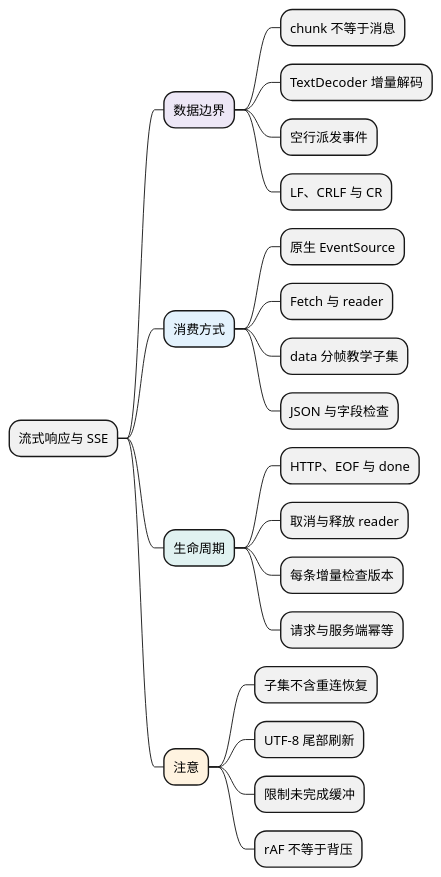
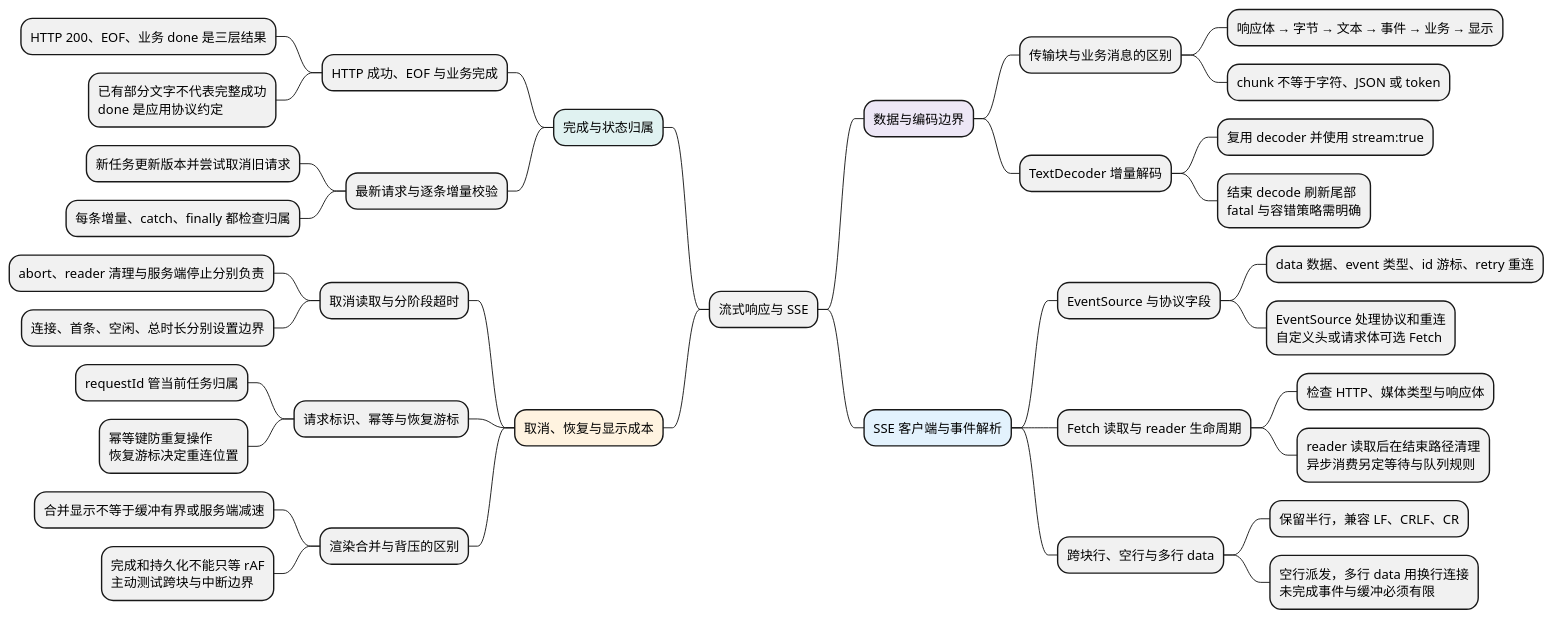
Before and after one commit to chenx18/JAVA: the diagram in docs/AI前端全栈教材/01_JavaScript/06_选读扩展/03_流式响应与SSE.md, drawn with PlantUML. The commit also changed other lines of this file and 84 other files, not shown here.

````diff
--- a/docs/AI前端全栈教材/01_JavaScript/06_选读扩展/03_流式响应与SSE.md
+++ b/docs/AI前端全栈教材/01_JavaScript/06_选读扩展/03_流式响应与SSE.md
@@ -9,32 +9,47 @@
 ```plantuml
 @startmindmap
 skinparam defaultFontName Microsoft YaHei
 skinparam defaultFontSize 14
 skinparam dpi 100
 skinparam backgroundColor white
 skinparam shadowing false
 
 * 流式响应与 SSE
-**[#EDE7F6] 数据边界
-*** chunk 不等于消息
+**[#EDE7F6] 数据与编码边界
+*** 传输块与业务消息的区别
+**** 响应体 → 字节 → 文本 → 事件 → 业务 → 显示
+**** chunk 不等于字符、JSON 或 token
 *** TextDecoder 增量解码
-*** 空行派发事件
-*** LF、CRLF 与 CR
-**[#E3F2FD] 消费方式
-*** 原生 EventSource
-*** Fetch 与 reader
-*** data 分帧教学子集
-*** JSON 与字段检查
-**[#E0F2F1] 生命周期
-*** HTTP、EOF 与 done
-*** 取消与释放 reader
-*** 每条增量检查版本
-*** 请求与服务端幂等
-**[#FFF3E0] 注意
-*** 子集不含重连恢复
-*** UTF-8 尾部刷新
-*** 限制未完成缓冲
-*** rAF 不等于背压
+**** 复用 decoder 并使用 stream:true
+**** 结束 decode 刷新尾部\nfatal 与容错策略需明确
+**[#E3F2FD] SSE 客户端与事件解析
+*** EventSource 与协议字段
+**** data 数据、event 类型、id 游标、retry 重连
+**** EventSource 处理协议和重连\n自定义头或请求体可选 Fetch
+*** Fetch 读取与 reader 生命周期
+**** 检查 HTTP、媒体类型与响应体
+**** reader 读取后在结束路径清理\n异步消费另定等待与队列规则
+*** 跨块行、空行与多行 data
+**** 保留半行，兼容 LF、CRLF、CR
+**** 空行派发，多行 data 用换行连接\n未完成事件与缓冲必须有限
+left side
+**[#E0F2F1] 完成与状态归属
+*** HTTP 成功、EOF 与业务完成
+**** HTTP 200、EOF、业务 done 是三层结果
+**** 已有部分文字不代表完整成功\ndone 是应用协议约定
+*** 最新请求与逐条增量校验
+**** 新任务更新版本并尝试取消旧请求
+**** 每条增量、catch、finally 都检查归属
+**[#FFF3E0] 取消、恢复与显示成本
+*** 取消读取与分阶段超时
+**** abort、reader 清理与服务端停止分别负责
+**** 连接、首条、空闲、总时长分别设置边界
+*** 请求标识、幂等与恢复游标
+**** requestId 管当前任务归属
+**** 幂等键防重复操作\n恢复游标决定重连位置
+*** 渲染合并与背压的区别
+**** 合并显示不等于缓冲有界或服务端减速
+**** 完成和持久化不能只等 rAF\n主动测试跨块与中断边界
 
 @endmindmap
 ```
````
